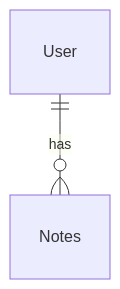
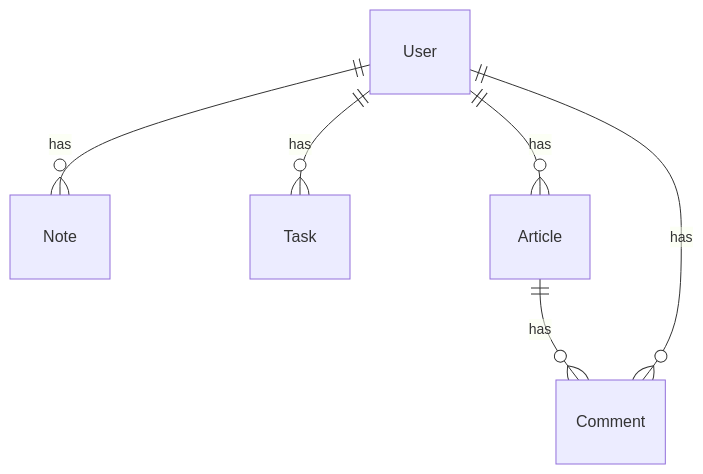
One commit to simon-jaeger/sae-php-frameworks changed the diagram in _docs/database.md. Above: the diagram before and after it, drawn with Mermaid. The commit also changed 13 other files, not shown here.

````diff
--- a/_docs/database.md
+++ b/_docs/database.md
@@ -3,4 +3,8 @@
 ```mermaid
 erDiagram
-    User ||--o{ Notes: "has"
+    User ||--o{ Note: "has"
+    User ||--o{ Task: "has"
+    User ||--o{ Article: "has"
+    Article ||--o{ Comment: "has"
+    User ||--o{ Comment: "has"
 ```
````
